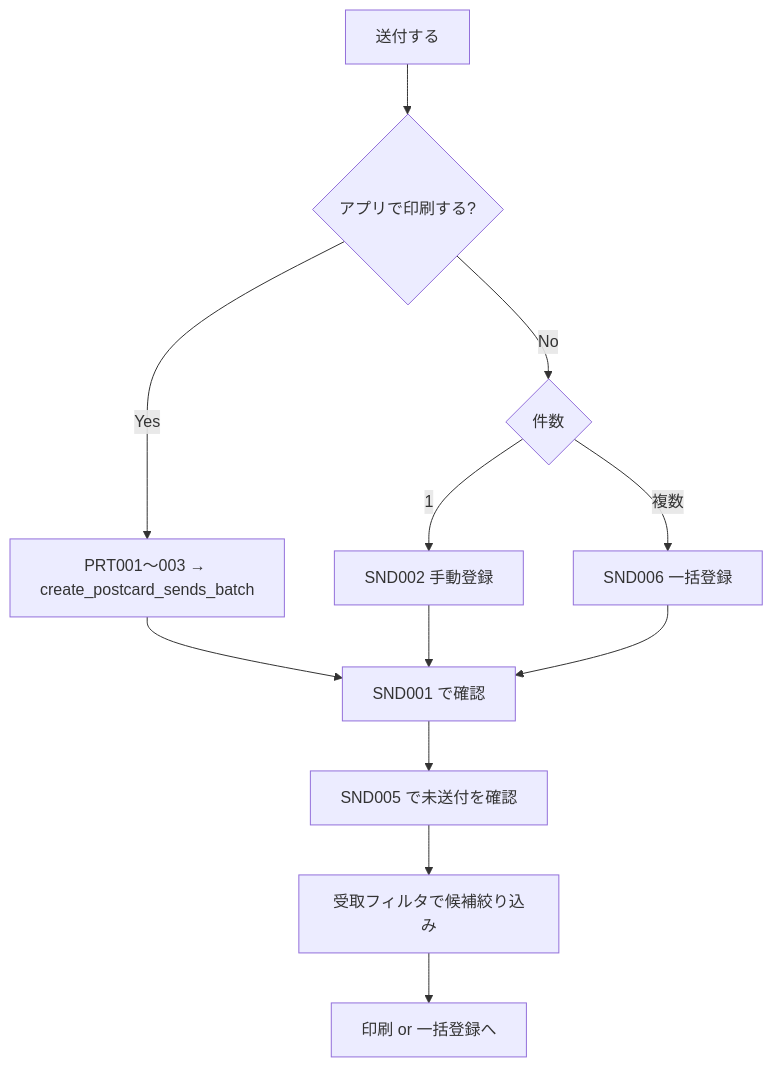
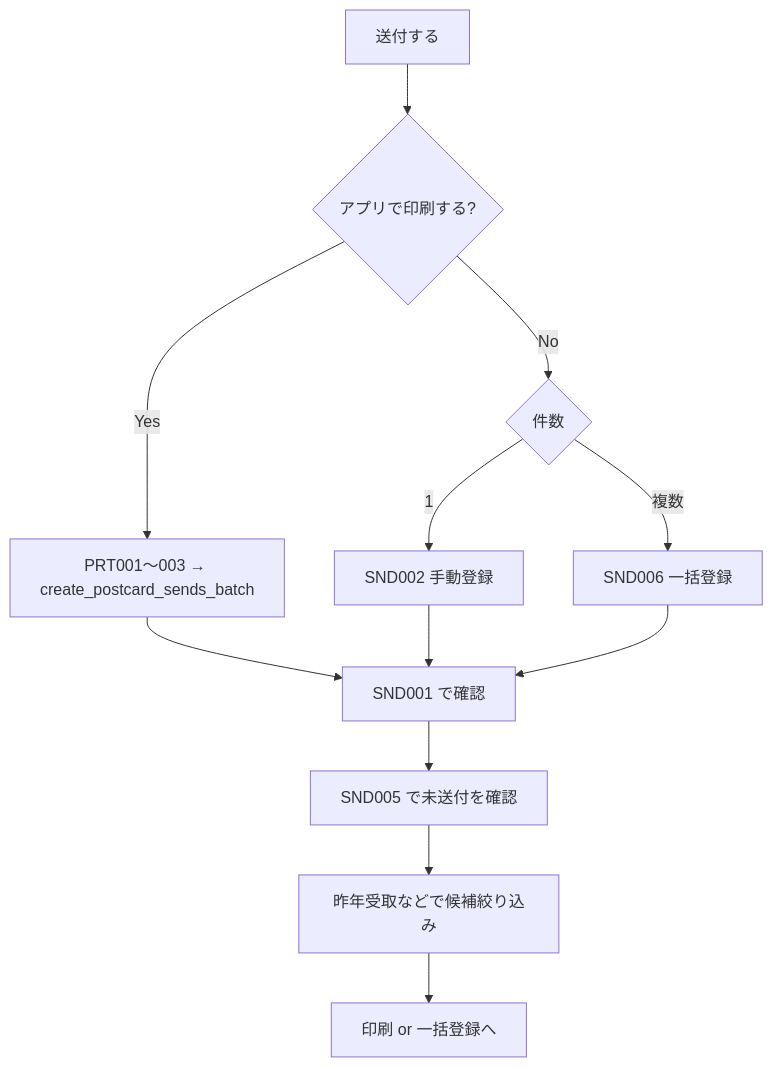
One commit to topea-3/craft-post-app changed the second of 3 diagrams in docs/design/postcard-send-v1-design.md. Above: the diagram before and after it, drawn with Mermaid. The commit also changed other lines of this file and 7 other files, not shown here.

````diff
--- a/docs/design/postcard-send-v1-design.md
+++ b/docs/design/postcard-send-v1-design.md
@@ -352,14 +407,14 @@
 ```mermaid
 flowchart TD
   A[送付する] --> B{アプリで印刷する?}
   B -->|Yes| C[PRT001〜003 → create_postcard_sends_batch]
   B -->|No| D{件数}
   D -->|1| E[SND002 手動登録]
   D -->|複数| F[SND006 一括登録]
   C --> G[SND001 で確認]
   E --> G
   F --> G
   G --> H[SND005 で未送付を確認]
-  H --> I[受取フィルタで候補絞り込み]
+  H --> I[昨年受取などで候補絞り込み]
   I --> J[印刷 or 一括登録へ]
 ```
````
